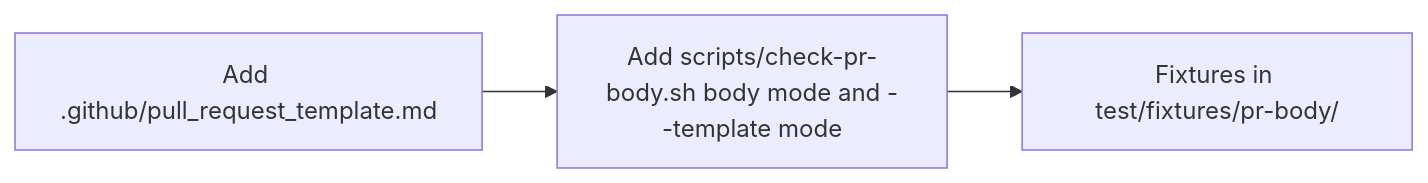
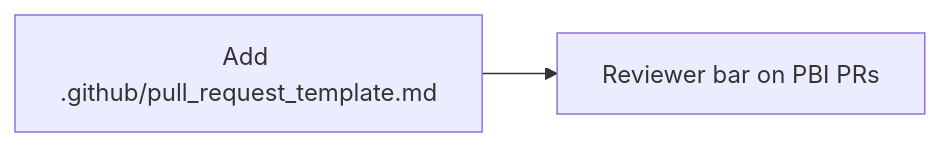
The second of 2 diagrams in docs/pbi/done/G02a-pr-owner-architecture-questions.md (svennijhuis/agentic-workflows), drawn with Mermaid before and after one commit. The commit also changed other lines of this file and 986 other files, not shown here.

````diff
--- a/docs/pbi/done/G02a-pr-owner-architecture-questions.md
+++ b/docs/pbi/done/G02a-pr-owner-architecture-questions.md
@@ -54,8 +51,6 @@
 ```mermaid
 flowchart LR
   S1[Add .github/pull_request_template.md]
-  S2[Add scripts/check-pr-body.sh body mode and --template mode]
+  S2[Reviewer bar on PBI PRs]
   S1 --> S2
-  S3[Fixtures in test/fixtures/pr-body/]
-  S2 --> S3
 ```
````
